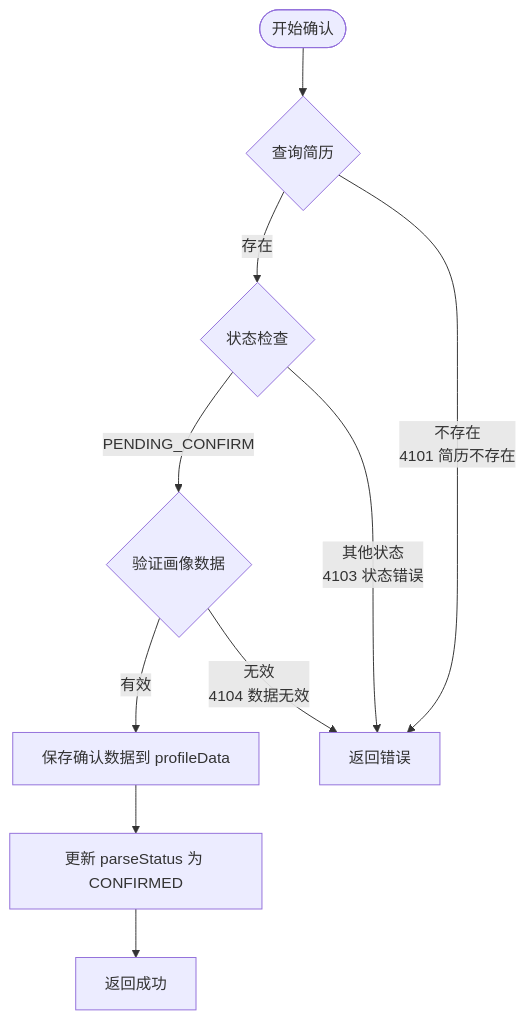
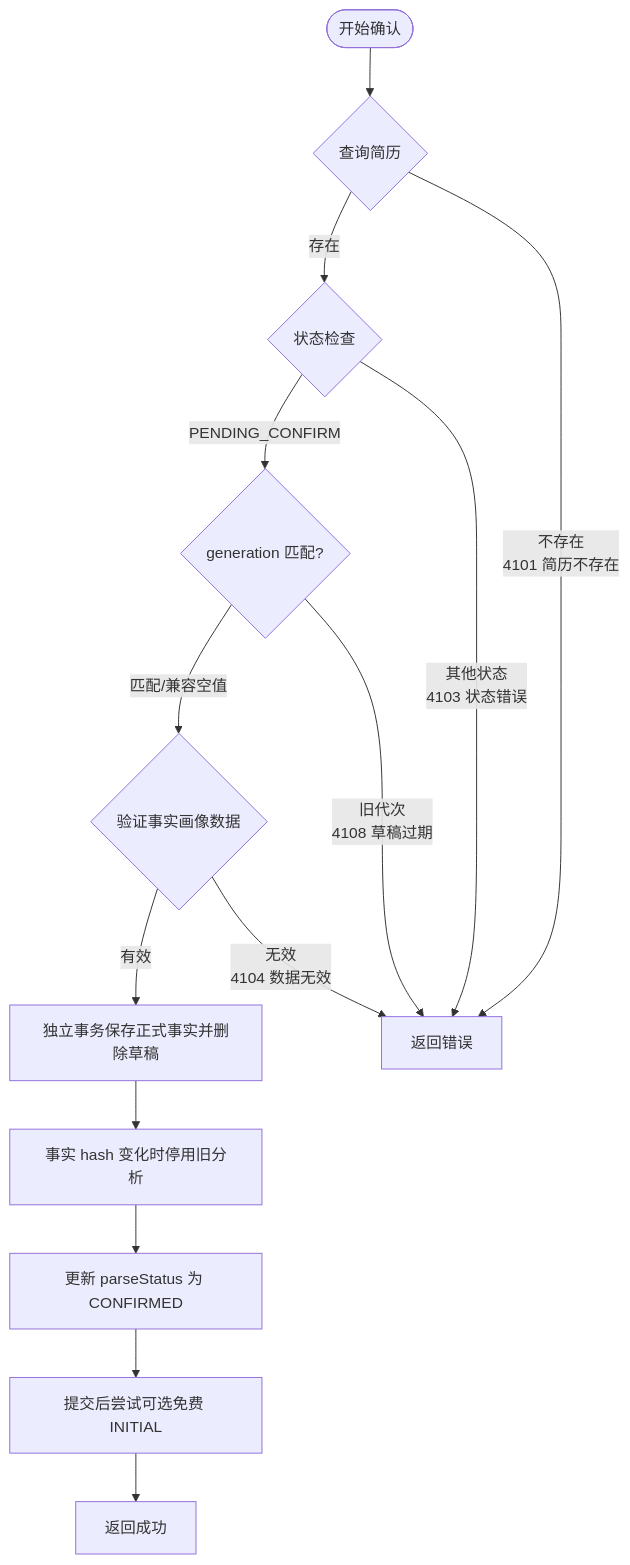
One commit to wanzhihuiha/interview-coach changed the third of 8 diagrams in docs/design/resume-module.md. Above: the diagram before and after it, drawn with Mermaid. The commit also changed other lines of this file and 5 other files, not shown here.

````diff
--- a/docs/design/resume-module.md
+++ b/docs/design/resume-module.md
@@ -568,25 +693,32 @@
 ```mermaid
 flowchart TD
     Start([开始确认])
     FindResume{查询简历}
     CheckStatus{状态检查}
-    ValidateProfile{验证画像数据}
-    SaveConfirmed[保存确认数据到 profileData]
+    CheckGeneration{generation 匹配?}
+    ValidateProfile{验证事实画像数据}
+    SaveConfirmed[独立事务保存正式事实并删除草稿]
+    InvalidateOld[事实 hash 变化时停用旧分析]
     UpdateConfirmed[更新 parseStatus 为 CONFIRMED]
+    OptionalInitial[提交后尝试可选免费 INITIAL]
     ReturnSuccess[返回成功]
     ReturnError[返回错误]
 
     Start --> FindResume
 
     FindResume -->|存在| CheckStatus
     FindResume -->|不存在<br/>4101 简历不存在| ReturnError
 
-    CheckStatus -->|PENDING_CONFIRM| ValidateProfile
+    CheckStatus -->|PENDING_CONFIRM| CheckGeneration
     CheckStatus -->|其他状态<br/>4103 状态错误| ReturnError
 
+    CheckGeneration -->|匹配/兼容空值| ValidateProfile
+    CheckGeneration -->|旧代次<br/>4108 草稿过期| ReturnError
     ValidateProfile -->|有效| SaveConfirmed
     ValidateProfile -->|无效<br/>4104 数据无效| ReturnError
 
-    SaveConfirmed --> UpdateConfirmed
-    UpdateConfirmed --> ReturnSuccess
+    SaveConfirmed --> InvalidateOld
+    InvalidateOld --> UpdateConfirmed
+    UpdateConfirmed --> OptionalInitial
+    OptionalInitial --> ReturnSuccess
 ```
````
